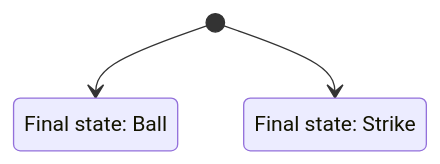
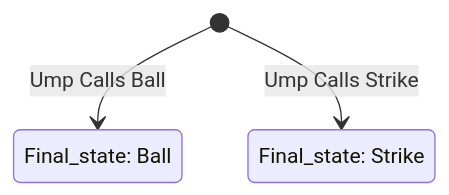
The first of 2 diagrams in Posts/Complexity-Matters-Baseballs-New-Strike-Zone.md (bsstahl/CognitiveInheritance), drawn with Mermaid before and after one commit. The commit also changed other lines of this file, not shown here.

````diff
--- a/Posts/Complexity-Matters-Baseballs-New-Strike-Zone.md
+++ b/Posts/Complexity-Matters-Baseballs-New-Strike-Zone.md
@@ -37,7 +36,8 @@
 ```mermaid
 stateDiagram-v2
-    [*] --> Ball
-    [*] --> Strike
-    Ball : Final state: Ball
-    Strike : Final state: Strike
+    [*] --> Ball: Ump Calls Ball
+    [*] --> Strike: Ump Calls Strike
+
+    Ball : Final_state: Ball
+    Strike : Final_state: Strike
 ```
````
